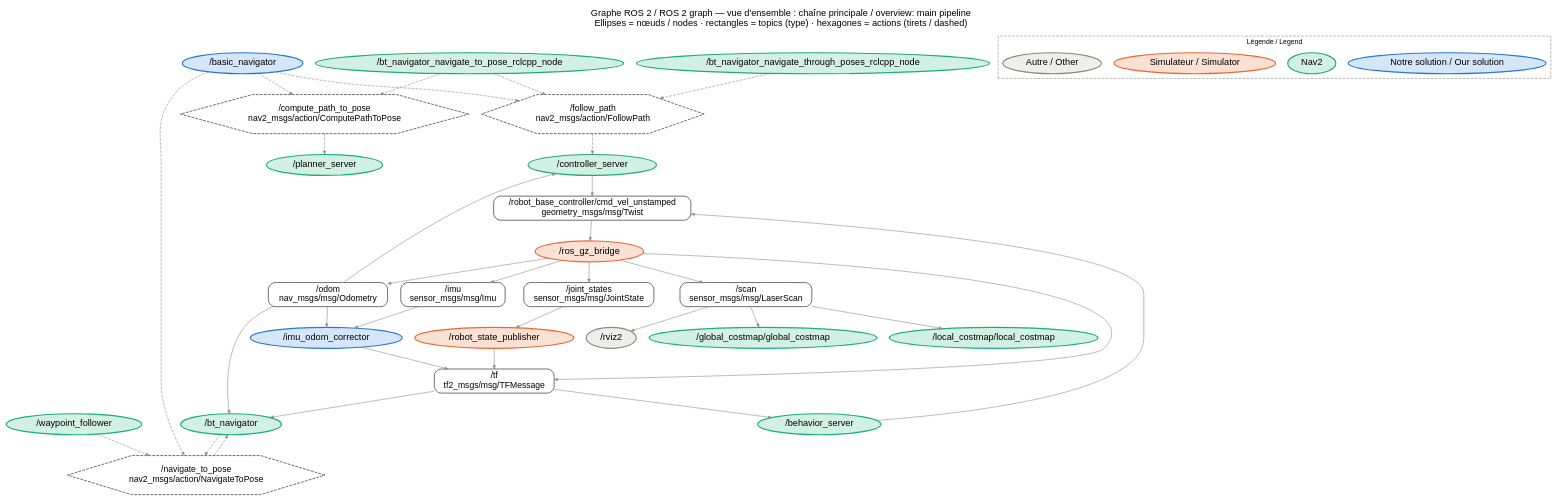
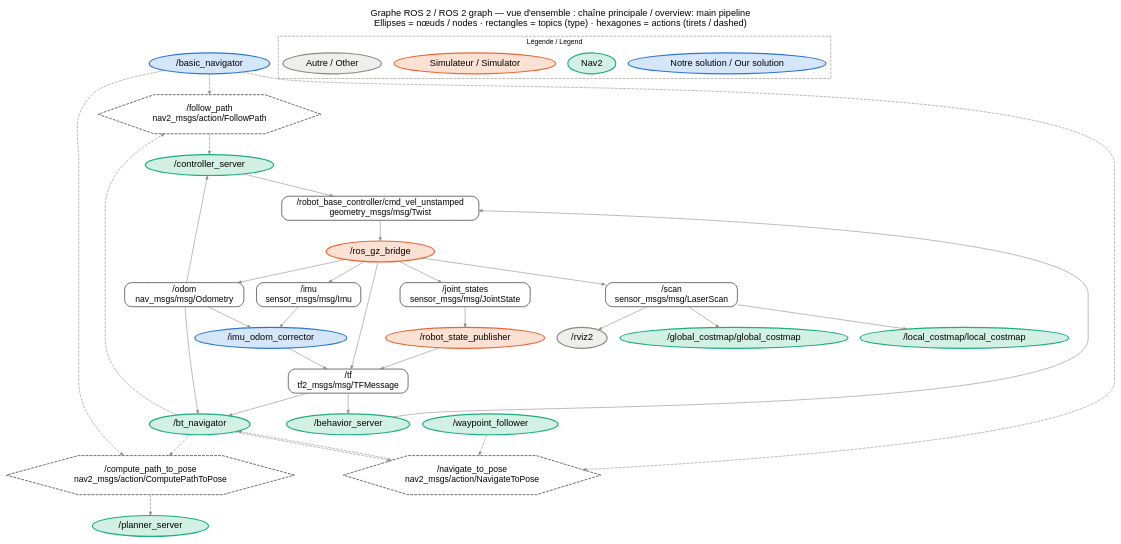
The diagram in solution/docs/ros_graph_overview.dot (themasterofarts/PARC2026-Engineers-League), drawn with Graphviz before and after one commit. The commit also changed 2 other files, not shown here.

Commit message:
ros_graph overview: fold bt_navigator's helper nodes into bt_navigator
They run the behavior trees and are what calls the planner/controller
actions; folding them keeps those links while making the overview
narrow enough to read on a slide.

```diff
--- a/solution/docs/ros_graph_overview.dot
+++ b/solution/docs/ros_graph_overview.dot
@@ -1,75 +1,72 @@
 digraph ros_graph {
   rankdir=TB; splines=true; nodesep=0.3; ranksep=0.5;
   node [fontname="Helvetica", fontsize=16]; edge [color="#8a8984", arrowsize=0.6];
   labelloc=t; fontname="Helvetica"; fontsize=16;
   label="Graphe ROS 2 / ROS 2 graph — vue d'ensemble : chaîne principale / overview: main pipeline\nEllipses = nœuds / nodes · rectangles = topics (type) · hexagones = actions (tirets / dashed)";
   "/basic_navigator" [shape=ellipse, style=filled, fillcolor="#d6e6f9", color="#2a78d6", penwidth=2];
   "/behavior_server" [shape=ellipse, style=filled, fillcolor="#d3f0e4", color="#1baf7a", penwidth=2];
   "/bt_navigator" [shape=ellipse, style=filled, fillcolor="#d3f0e4", color="#1baf7a", penwidth=2];
-  "/bt_navigator_navigate_through_poses_rclcpp_node" [shape=ellipse, style=filled, fillcolor="#d3f0e4", color="#1baf7a", penwidth=2];
-  "/bt_navigator_navigate_to_pose_rclcpp_node" [shape=ellipse, style=filled, fillcolor="#d3f0e4", color="#1baf7a", penwidth=2];
   "/controller_server" [shape=ellipse, style=filled, fillcolor="#d3f0e4", color="#1baf7a", penwidth=2];
   "/global_costmap/global_costmap" [shape=ellipse, style=filled, fillcolor="#d3f0e4", color="#1baf7a", penwidth=2];
   "/imu_odom_corrector" [shape=ellipse, style=filled, fillcolor="#d6e6f9", color="#2a78d6", penwidth=2];
   "/local_costmap/local_costmap" [shape=ellipse, style=filled, fillcolor="#d3f0e4", color="#1baf7a", penwidth=2];
   "/planner_server" [shape=ellipse, style=filled, fillcolor="#d3f0e4", color="#1baf7a", penwidth=2];
   "/robot_state_publisher" [shape=ellipse, style=filled, fillcolor="#fbe0d4", color="#eb6834", penwidth=2];
   "/ros_gz_bridge" [shape=ellipse, style=filled, fillcolor="#fbe0d4", color="#eb6834", penwidth=2];
   "/rviz2" [shape=ellipse, style=filled, fillcolor="#eeeeec", color="#8a8984", penwidth=2];
   "/waypoint_follower" [shape=ellipse, style=filled, fillcolor="#d3f0e4", color="#1baf7a", penwidth=2];
   "/imu" [shape=box, style=rounded, fontsize=15, label="/imu
 sensor_msgs/msg/Imu"];
   "/joint_states" [shape=box, style=rounded, fontsize=15, label="/joint_states
 sensor_msgs/msg/JointState"];
   "/odom" [shape=box, style=rounded, fontsize=15, label="/odom
 nav_msgs/msg/Odometry"];
   "/robot_base_controller/cmd_vel_unstamped" [shape=box, style=rounded, fontsize=15, label="/robot_base_controller/cmd_vel_unstamped
 geometry_msgs/msg/Twist"];
   "/scan" [shape=box, style=rounded, fontsize=15, label="/scan
 sensor_msgs/msg/LaserScan"];
   "/tf" [shape=box, style=rounded, fontsize=15, label="/tf
 tf2_msgs/msg/TFMessage"];
   "action:/compute_path_to_pose" [shape=hexagon, style=dashed, fontsize=15, label="/compute_path_to_pose
 nav2_msgs/action/ComputePathToPose"];
   "action:/follow_path" [shape=hexagon, style=dashed, fontsize=15, label="/follow_path
 nav2_msgs/action/FollowPath"];
   "action:/navigate_to_pose" [shape=hexagon, style=dashed, fontsize=15, label="/navigate_to_pose
 nav2_msgs/action/NavigateToPose"];
   "/ros_gz_bridge" -> "/imu";
   "/imu" -> "/imu_odom_corrector";
   "/ros_gz_bridge" -> "/joint_states";
   "/joint_states" -> "/robot_state_publisher";
   "/ros_gz_bridge" -> "/odom";
   "/odom" -> "/imu_odom_corrector";
   "/odom" -> "/controller_server";
   "/odom" -> "/bt_navigator";
   "/controller_server" -> "/robot_base_controller/cmd_vel_unstamped";
   "/behavior_server" -> "/robot_base_controller/cmd_vel_unstamped";
   "/robot_base_controller/cmd_vel_unstamped" -> "/ros_gz_bridge";
   "/ros_gz_bridge" -> "/scan";
   "/scan" -> "/rviz2";
   "/scan" -> "/local_costmap/local_costmap";
   "/scan" -> "/global_costmap/global_costmap";
   "/imu_odom_corrector" -> "/tf";
   "/ros_gz_bridge" -> "/tf";
   "/robot_state_publisher" -> "/tf";
   "/tf" -> "/behavior_server";
   "/tf" -> "/bt_navigator";
-  "/bt_navigator_navigate_to_pose_rclcpp_node" -> "action:/compute_path_to_pose" [style=dashed];
+  "/bt_navigator" -> "action:/compute_path_to_pose" [style=dashed];
   "/basic_navigator" -> "action:/compute_path_to_pose" [style=dashed];
   "action:/compute_path_to_pose" -> "/planner_server" [style=dashed];
-  "/bt_navigator_navigate_to_pose_rclcpp_node" -> "action:/follow_path" [style=dashed];
-  "/bt_navigator_navigate_through_poses_rclcpp_node" -> "action:/follow_path" [style=dashed];
+  "/bt_navigator" -> "action:/follow_path" [style=dashed];
   "/basic_navigator" -> "action:/follow_path" [style=dashed];
   "action:/follow_path" -> "/controller_server" [style=dashed];
   "/waypoint_follower" -> "action:/navigate_to_pose" [style=dashed];
   "/bt_navigator" -> "action:/navigate_to_pose" [style=dashed];
   "/basic_navigator" -> "action:/navigate_to_pose" [style=dashed];
   "action:/navigate_to_pose" -> "/bt_navigator" [style=dashed];
   subgraph cluster_legend { label="Légende / Legend"; fontsize=12; style=dashed; color="#8a8984";
     legend0 [label="Notre solution / Our solution", shape=ellipse, style=filled, fillcolor="#d6e6f9", color="#2a78d6", penwidth=2];
     legend1 [label="Nav2", shape=ellipse, style=filled, fillcolor="#d3f0e4", color="#1baf7a", penwidth=2];
     legend2 [label="Simulateur / Simulator", shape=ellipse, style=filled, fillcolor="#fbe0d4", color="#eb6834", penwidth=2];
     legend3 [label="Autre / Other", shape=ellipse, style=filled, fillcolor="#eeeeec", color="#8a8984", penwidth=2];
   }
 }
```
